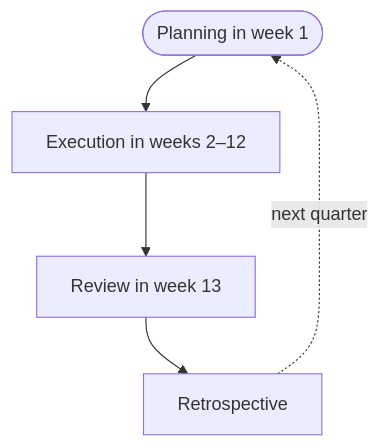
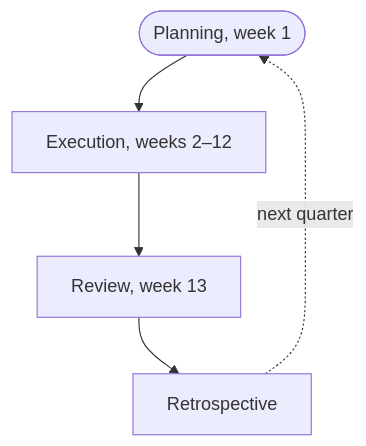
One commit to ultralytics/handbook changed the diagram in docs/en/goals/okrs.md. Above: the diagram before and after it, drawn with Mermaid. The commit also changed 8 other files, not shown here.

First line of the commit message:
Address review findings and tune diagrams for the dagre layout

````diff
--- a/docs/en/goals/okrs.md
+++ b/docs/en/goals/okrs.md
@@ -46,7 +46,7 @@
 ```mermaid
 flowchart TD
-    A([Planning in week 1]) --> B["Execution in weeks 2–12"]
-    B --> C[Review in week 13]
+    A(["Planning, week 1"]) --> B["Execution, weeks 2–12"]
+    B --> C["Review, week 13"]
     C --> D[Retrospective]
     D -.->|next quarter| A
 ```
````
